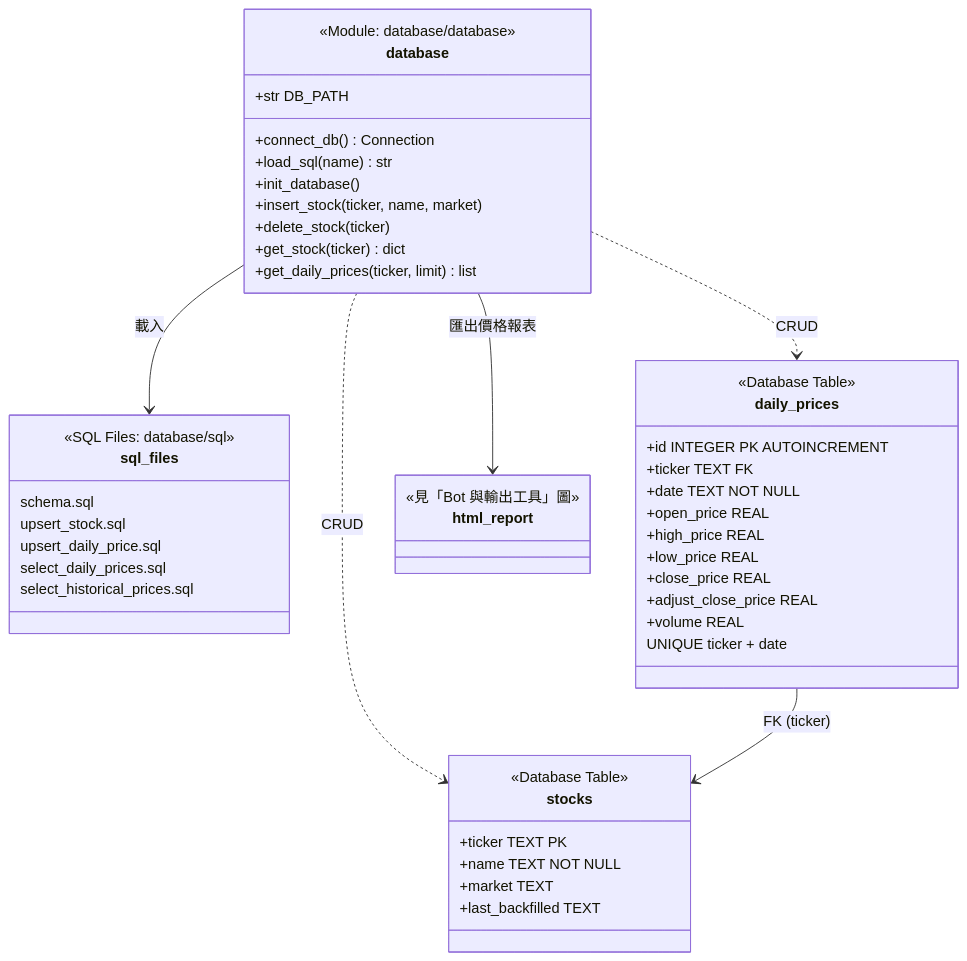
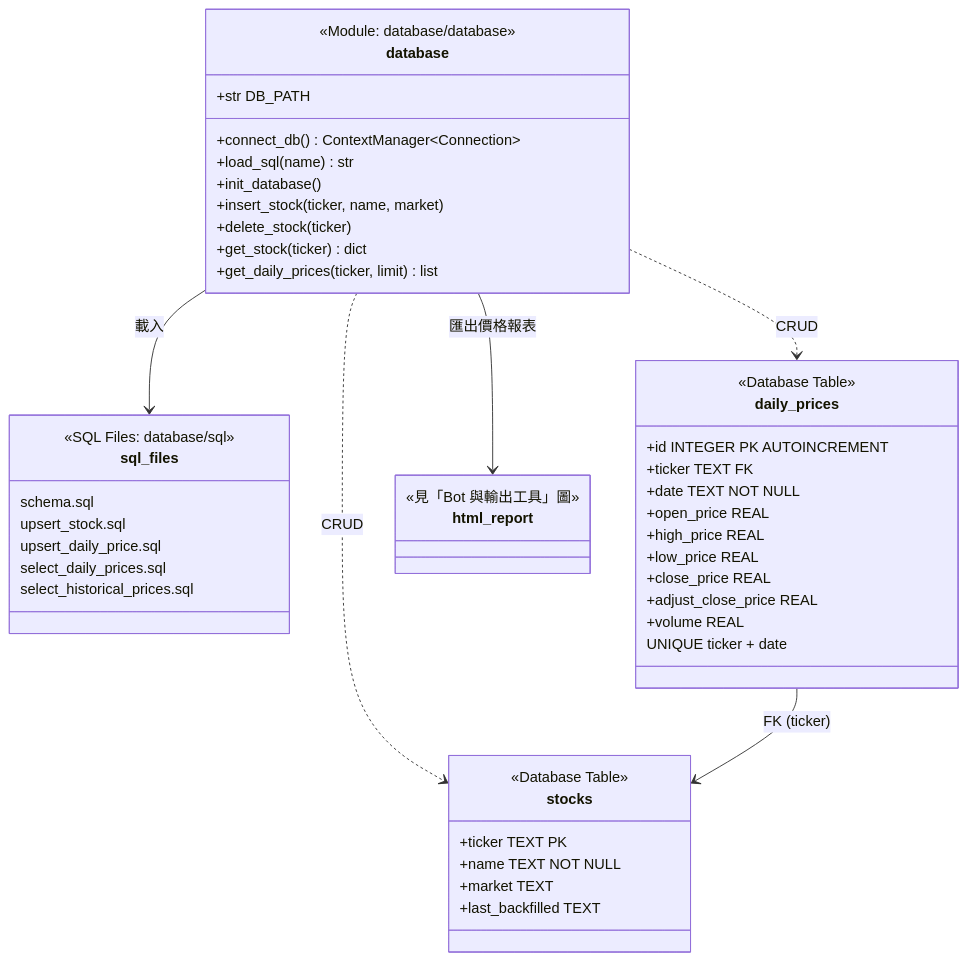
The fifth of 7 diagrams in docs/UML.md (JialaChang/Discord-Stock-Bot), drawn with Mermaid before and after one commit. The commit also changed other lines of this file and 4 other files, not shown here.

First line of the commit message:
fix(database): close the connection when leaving connect_db

````diff
--- a/docs/UML.md
+++ b/docs/UML.md
@@ -368,57 +368,57 @@
 ```mermaid
 classDiagram
     direction TB
 
     class database {
         <<Module: database/database>>
         +str DB_PATH
-        +connect_db() Connection
+        +connect_db() ContextManager~Connection~
         +load_sql(name) str
         +init_database()
         +insert_stock(ticker, name, market)
         +delete_stock(ticker)
         +get_stock(ticker) dict
         +get_daily_prices(ticker, limit) list
     }
 
     class sql_files {
         <<SQL Files: database/sql>>
         schema.sql
         upsert_stock.sql
         upsert_daily_price.sql
         select_daily_prices.sql
         select_historical_prices.sql
     }
 
     class stocks {
         <<Database Table>>
         +ticker TEXT PK
         +name TEXT NOT NULL
         +market TEXT
         +last_backfilled TEXT
     }
 
     class daily_prices {
         <<Database Table>>
         +id INTEGER PK AUTOINCREMENT
         +ticker TEXT FK
         +date TEXT NOT NULL
         +open_price REAL
         +high_price REAL
         +low_price REAL
         +close_price REAL
         +adjust_close_price REAL
         +volume REAL
         UNIQUE ticker + date
     }
 
     class html_report {
         <<見「Bot 與輸出工具」圖>>
     }
 
     database --> sql_files : 載入
     database --> html_report : 匯出價格報表
     database ..> stocks : CRUD
     database ..> daily_prices : CRUD
     daily_prices --> stocks : FK (ticker)
 ```
````
